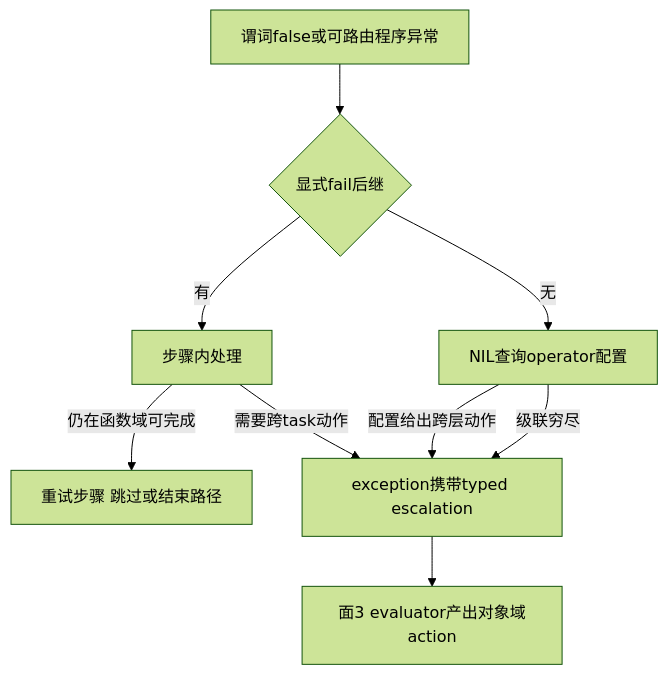
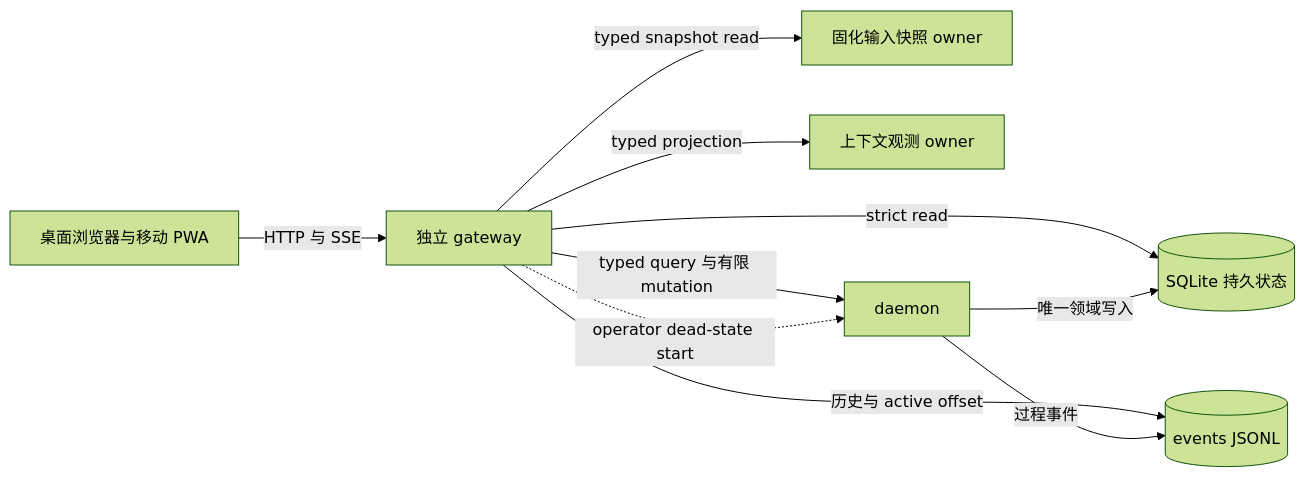
Before and after one commit to mouriya-s-lab/coder-loop: the fourth of 5 diagrams in v3-issue/B.md, drawn with Mermaid (forest theme). The commit also changed other lines of this file and 2 other files, not shown here.

````diff
--- a/v3-issue/B.md
+++ b/v3-issue/B.md
@@ -729,11 +776,12 @@
 ```mermaid
-flowchart TB
-    X[谓词false或可路由程序异常] --> F{显式fail后继}
-    F -->|有| S[步骤内处理]
-    F -->|无| N[NIL查询operator配置]
-    S -->|仍在函数域可完成| Z[重试步骤 跳过或结束路径]
-    S -->|需要跨task动作| E[exception携带typed escalation]
-    N -->|配置给出跨层动作| E
-    N -->|级联穷尽| E
-    E --> O[面3 evaluator产出对象域action]
+flowchart LR
+    U[桌面浏览器与移动 PWA] -->|HTTP 与 SSE| G[独立 gateway]
+    G -->|strict read| S[(SQLite 持久状态)]
+    G -->|历史与 active offset| E[(events JSONL)]
+    G -->|typed snapshot read| A[固化输入快照 owner]
+    G -->|typed projection| C[上下文观测 owner]
+    G -->|typed query 与有限 mutation| D[daemon]
+    G -.->|operator dead-state start| D
+    D -->|唯一领域写入| S
+    D -->|过程事件| E
 ```
````
